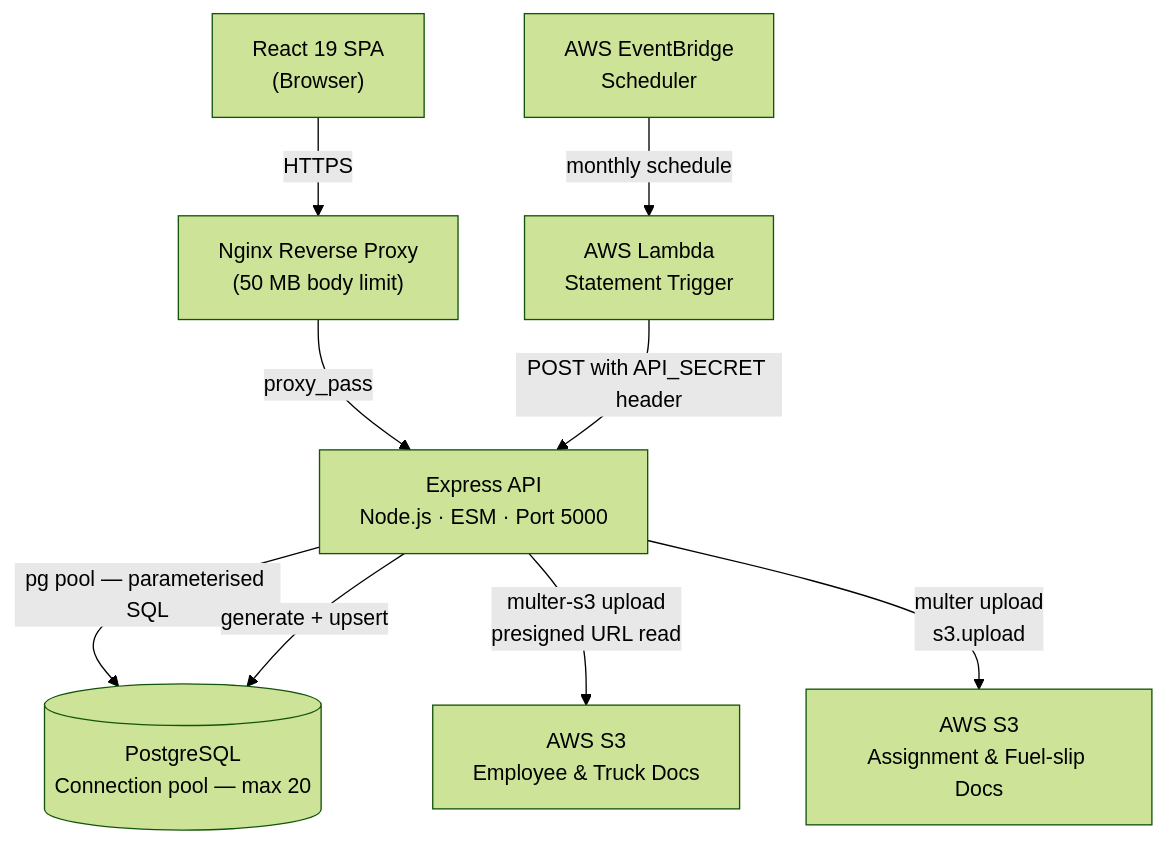
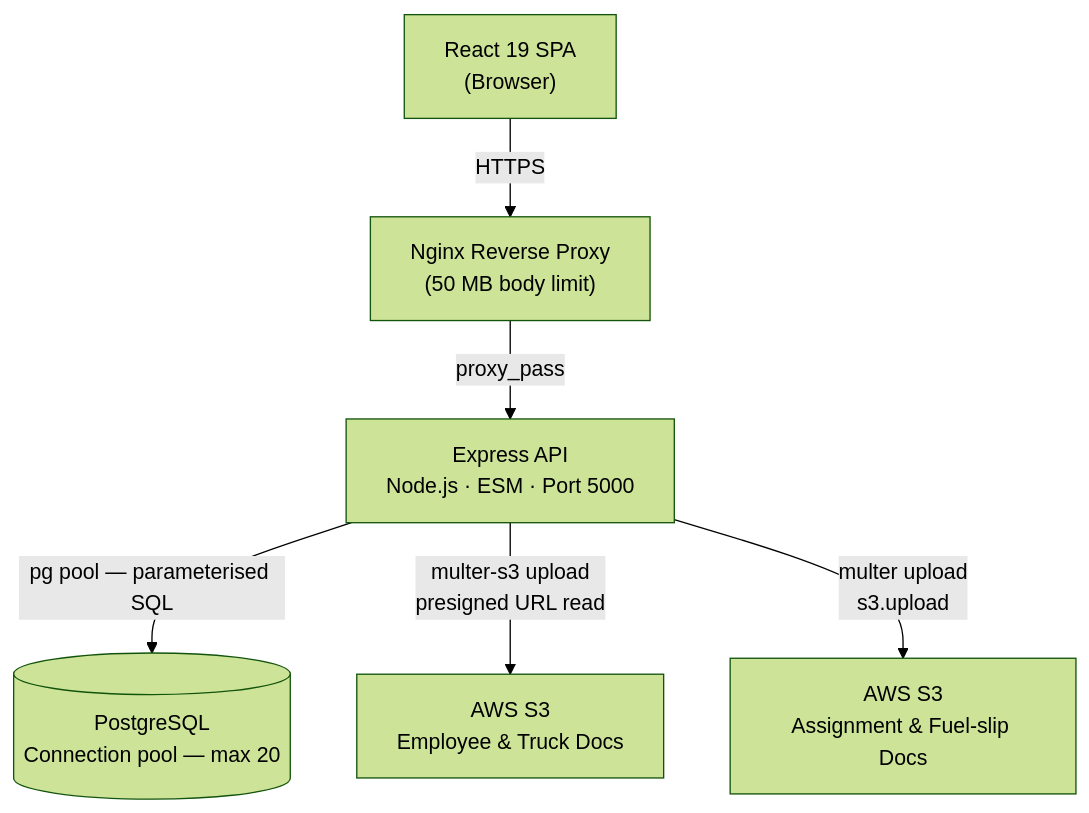
One commit to Kiveshan/Whizz-Away changed the diagram in README.md. Above: the diagram before and after it, drawn with Mermaid (forest theme). The commit also changed other lines of this file and 24 other files, not shown here.

````diff
--- a/README.md
+++ b/README.md
@@ -11,20 +11,15 @@
 ```mermaid
 flowchart TD
     Browser["React 19 SPA\n(Browser)"]
     Nginx["Nginx Reverse Proxy\n(50 MB body limit)"]
     Express["Express API\nNode.js · ESM · Port 5000"]
     PG[("PostgreSQL\nConnection pool — max 20")]
     S3_DOCS["AWS S3\nEmployee & Truck Docs"]
     S3_OPS["AWS S3\nAssignment & Fuel-slip Docs"]
-    EventBridge["AWS EventBridge\nScheduler"]
-    Lambda["AWS Lambda\nStatement Trigger"]
 
     Browser -->|HTTPS| Nginx
     Nginx -->|proxy_pass| Express
     Express -->|pg pool — parameterised SQL| PG
     Express -->|multer-s3 upload\npresigned URL read| S3_DOCS
     Express -->|multer upload\ns3.upload| S3_OPS
-    EventBridge -->|monthly schedule| Lambda
-    Lambda -->|POST with API_SECRET header| Express
-    Express -->|generate + upsert| PG
 ```
````
